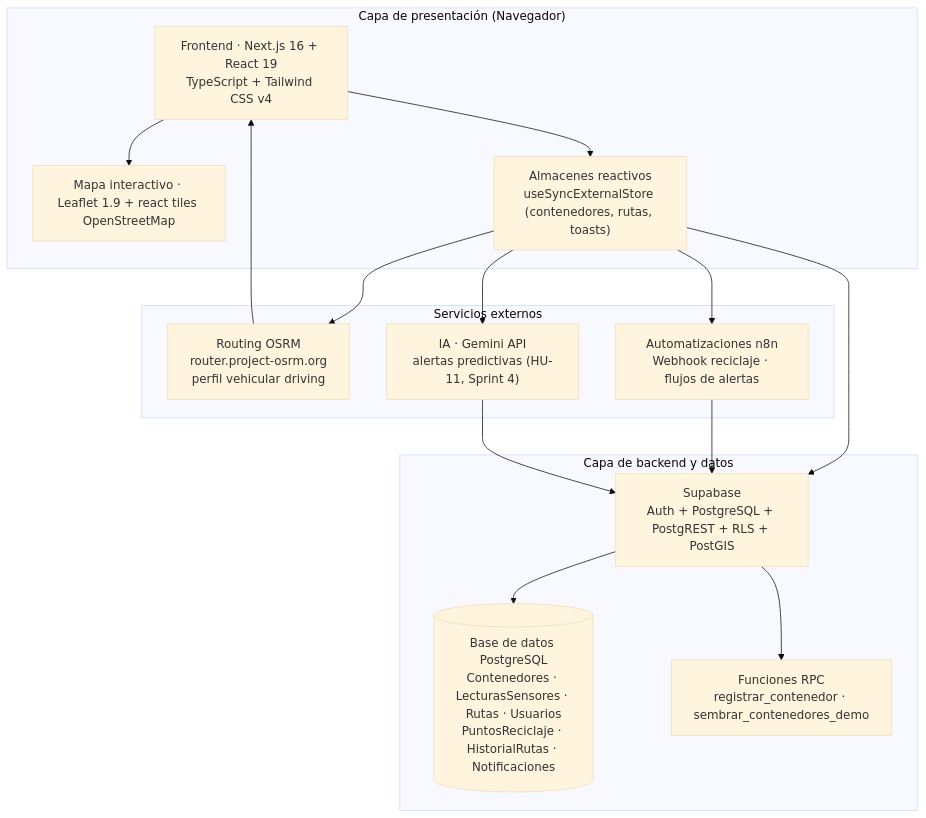
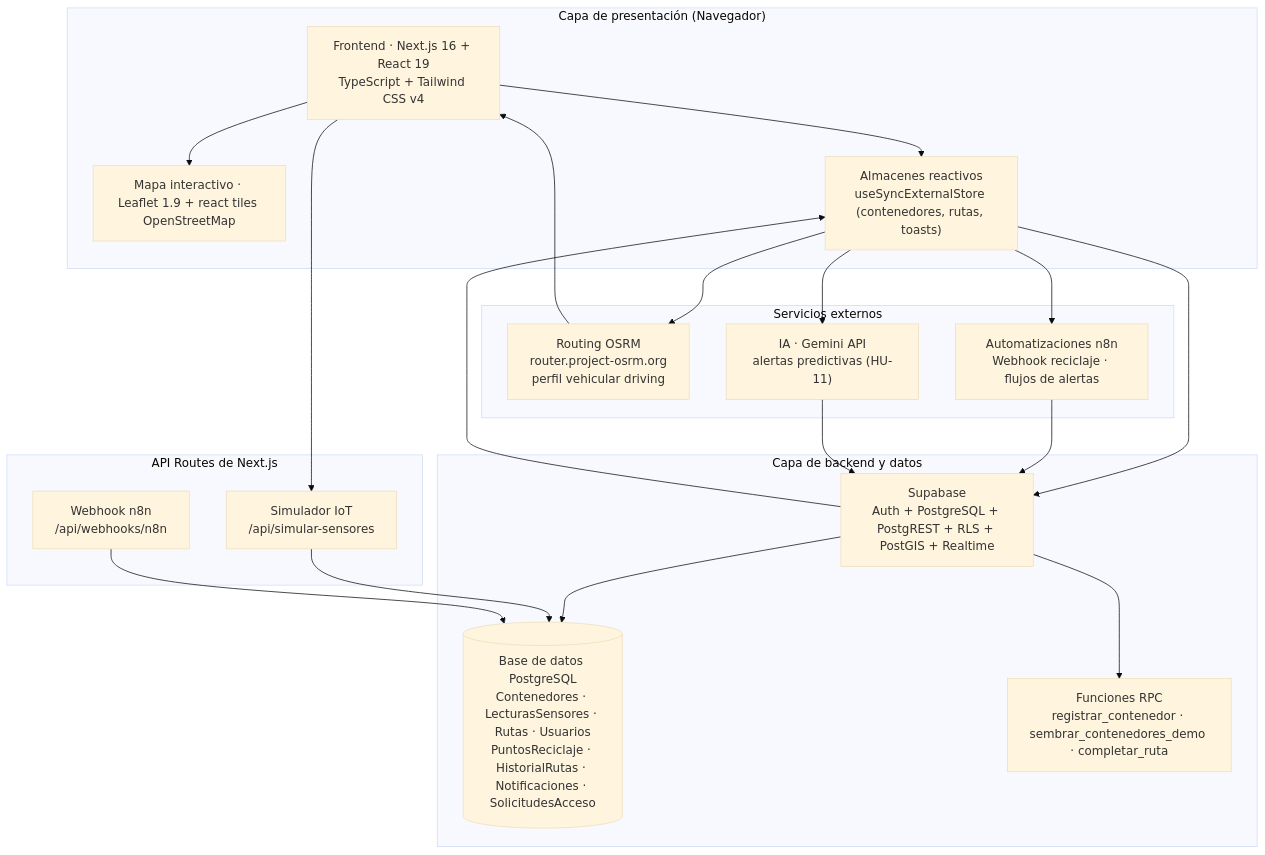
One commit to anastasiagarcs-afk/ecoroute-ai changed the fifth of 6 diagrams in INFORME_PROYECTO.md. Above: the diagram before and after it, drawn with Mermaid (base theme). The commit also changed other lines of this file and 3 other files, not shown here.

````diff
--- a/INFORME_PROYECTO.md
+++ b/INFORME_PROYECTO.md
@@ -451,32 +526,41 @@
 ```mermaid
 flowchart TB
     subgraph Cliente["Capa de presentación (Navegador)"]
         NEX["Frontend · Next.js 16 + React 19\nTypeScript + Tailwind CSS v4"]
         MAP["Mapa interactivo · Leaflet 1.9 + react tiles OpenStreetMap"]
         STORE["Almacenes reactivos\nuseSyncExternalStore (contenedores, rutas, toasts)"]
     end
 
     subgraph Backend["Capa de backend y datos"]
-        SUP["Supabase\nAuth + PostgreSQL + PostgREST + RLS + PostGIS"]
-        DB[("Base de datos PostgreSQL\nContenedores · LecturasSensores · Rutas · Usuarios\nPuntosReciclaje · HistorialRutas · Notificaciones")]
-        FUN["Funciones RPC\nregistrar_contenedor · sembrar_contenedores_demo"]
+        SUP["Supabase\nAuth + PostgreSQL + PostgREST + RLS + PostGIS + Realtime"]
+        DB[("Base de datos PostgreSQL\nContenedores · LecturasSensores · Rutas · Usuarios\nPuntosReciclaje · HistorialRutas · Notificaciones · SolicitudesAcceso")]
+        FUN["Funciones RPC\nregistrar_contenedor · sembrar_contenedores_demo · completar_ruta"]
     end
 
     subgraph Servicios["Servicios externos"]
         OSRM["Routing OSRM\nrouter.project-osrm.org\nperfil vehicular driving"]
         N8N["Automatizaciones n8n\nWebhook reciclaje · flujos de alertas"]
-        GEMINI["IA · Gemini API\nalertas predictivas (HU-11, Sprint 4)"]
+        GEMINI["IA · Gemini API\nalertas predictivas (HU-11)"]
+    end
+
+    subgraph API["API Routes de Next.js"]
+        SIM["Simulador IoT\n/api/simular-sensores"]
+        WH["Webhook n8n\n/api/webhooks/n8n"]
     end
 
     NEX --> MAP
     NEX --> STORE
     STORE --> SUP
     SUP --> DB
     SUP --> FUN
     STORE --> OSRM
     OSRM --> NEX
     STORE --> N8N
     N8N --> SUP
     STORE --> GEMINI
     GEMINI --> SUP
+    NEX --> SIM
+    SIM --> DB
+    WH --> DB
+    SUP --> STORE
 ```
````
